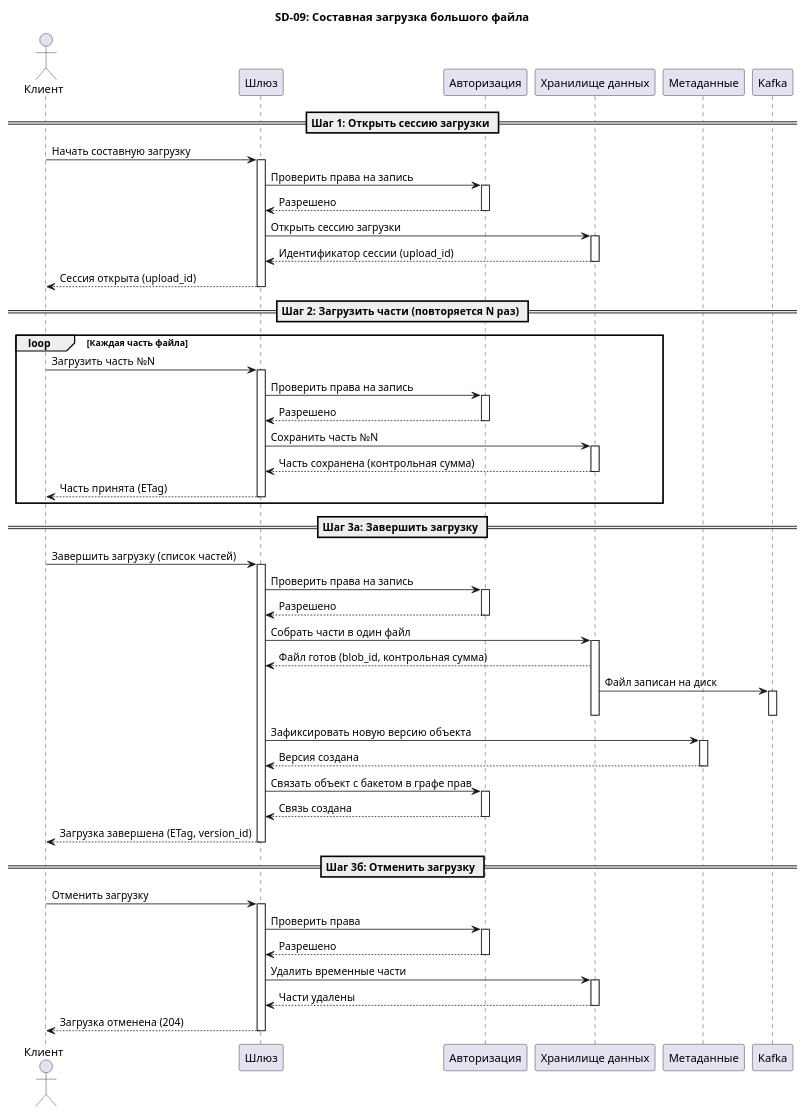
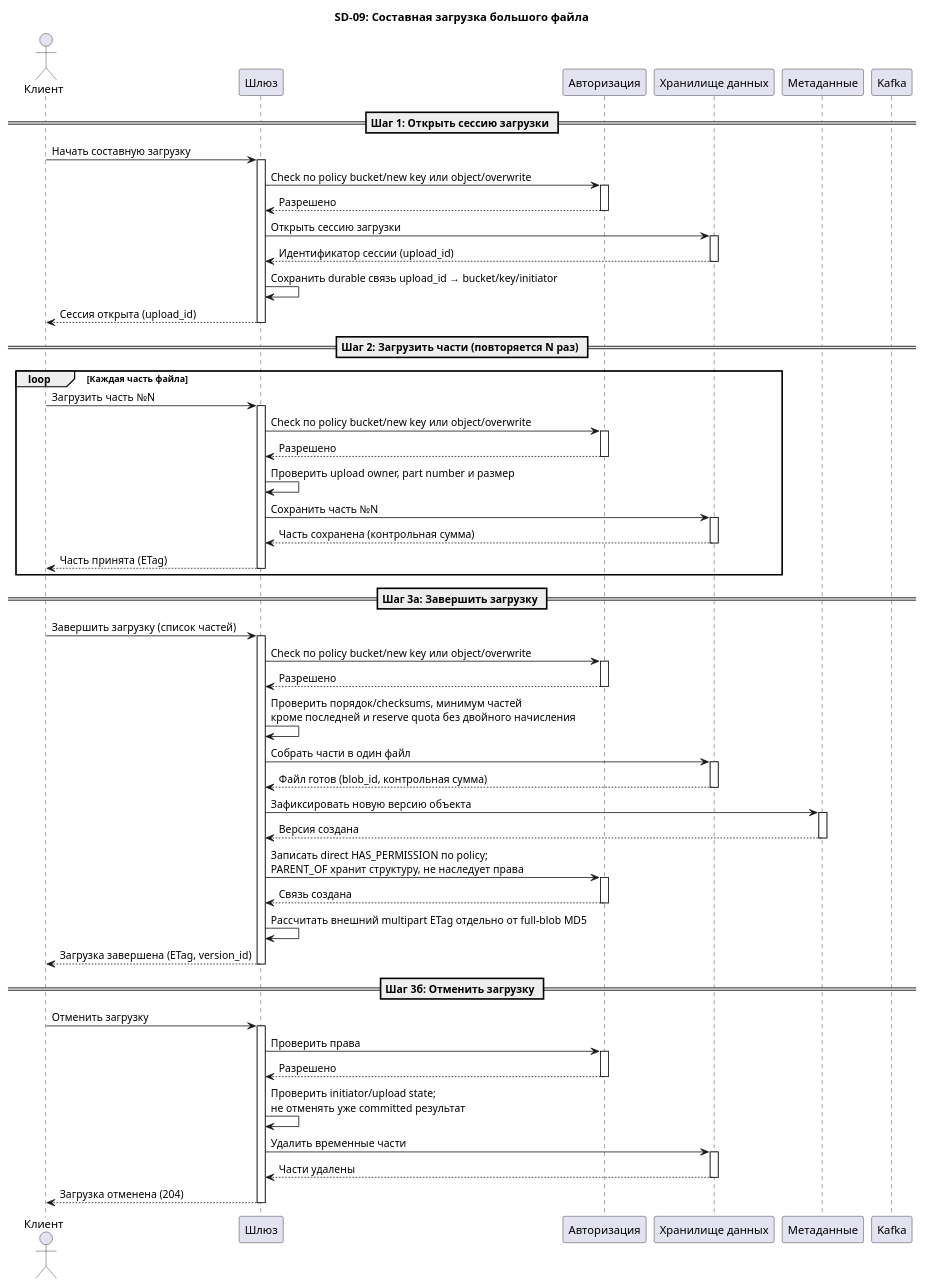
The ninth of 16 diagrams in docs/sequence_diagrams.md (alesplll/opens3-rebac), drawn with PlantUML before and after one commit. The commit also changed other lines of this file and 21 other files, not shown here.

```diff
--- a/docs/sequence_diagrams.md
+++ b/docs/sequence_diagrams.md
@@ -344,7 +342,7 @@
 
 Client -> GW : Начать составную загрузку
 activate GW
-GW -> AZ : Проверить права на запись
+GW -> AZ : Check по policy bucket/new key или object/overwrite
 activate AZ
 AZ --> GW : Разрешено
 deactivate AZ
@@ -352,6 +350,7 @@
 activate DN
 DN --> GW : Идентификатор сессии (upload_id)
 deactivate DN
+GW -> GW : Сохранить durable связь upload_id → bucket/key/initiator
 GW --> Client : Сессия открыта (upload_id)
 deactivate GW
 
@@ -360,10 +359,11 @@
 loop Каждая часть файла
   Client -> GW : Загрузить часть №N
   activate GW
-  GW -> AZ : Проверить права на запись
+  GW -> AZ : Check по policy bucket/new key или object/overwrite
   activate AZ
   AZ --> GW : Разрешено
   deactivate AZ
+  GW -> GW : Проверить upload owner, part number и размер
   GW -> DN : Сохранить часть №N
   activate DN
   DN --> GW : Часть сохранена (контрольная сумма)
@@ -376,25 +376,24 @@
 
 Client -> GW : Завершить загрузку (список частей)
 activate GW
-GW -> AZ : Проверить права на запись
+GW -> AZ : Check по policy bucket/new key или object/overwrite
 activate AZ
 AZ --> GW : Разрешено
 deactivate AZ
+GW -> GW : Проверить порядок/checksums, минимум частей\nкроме последней и reserve quota без двойного начисления
 GW -> DN : Собрать части в один файл
 activate DN
 DN --> GW : Файл готов (blob_id, контрольная сумма)
-DN -> KF : Файл записан на диск
-activate KF
-deactivate KF
 deactivate DN
 GW -> MD : Зафиксировать новую версию объекта
 activate MD
 MD --> GW : Версия создана
 deactivate MD
-GW -> AZ : Связать объект с бакетом в графе прав
+GW -> AZ : Записать direct HAS_PERMISSION по policy;\nPARENT_OF хранит структуру, не наследует права
 activate AZ
 AZ --> GW : Связь создана
 deactivate AZ
+GW -> GW : Рассчитать внешний multipart ETag отдельно от full-blob MD5
 GW --> Client : Загрузка завершена (ETag, version_id)
 deactivate GW
 
@@ -406,6 +405,7 @@
 activate AZ
 AZ --> GW : Разрешено
 deactivate AZ
+GW -> GW : Проверить initiator/upload state;\nне отменять уже committed результат
 GW -> DN : Удалить временные части
 activate DN
 DN --> GW : Части удалены
```
